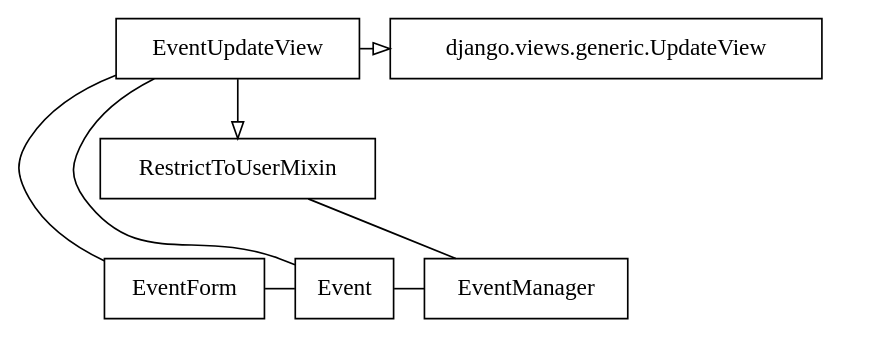
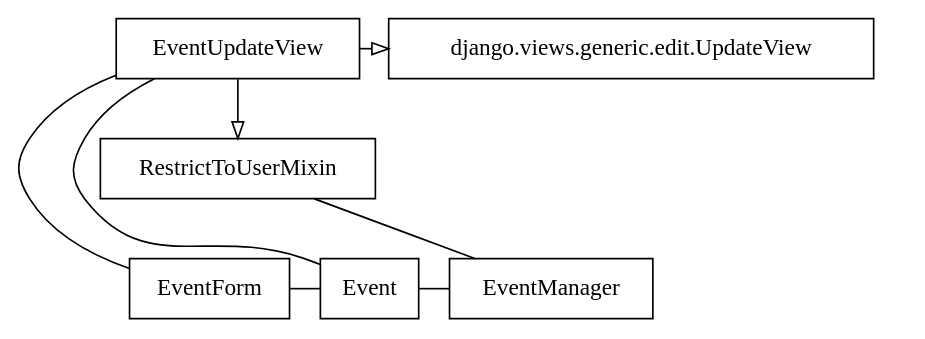
One commit to Mischback/django-calingen changed the diagram in docs/source/includes/event_crud.dot. Above: the diagram before and after it, drawn with Graphviz. The commit also changed 1 other file, not shown here.

Commit message:
Add reference to Django's doc

```diff
--- a/docs/source/includes/event_crud.dot
+++ b/docs/source/includes/event_crud.dot
@@ -1,62 +1,62 @@
   digraph event_crud {
     node [
       shape="rect",
     ]
 
     "calingen.models.event.Event" [
       label="Event",
     ];
     "calingen.models.event.EventForm" [
       label="EventForm",
     ];
     "calingen.models.event.EventManager" [
       label="EventManager",
     ]
 
     "calingen.views.event.EventUpdateView" [
       label="EventUpdateView",
     ];
 
     "calingen.views.mixins.RestrictToUserMixin" [
       label="RestrictToUserMixin",
     ];
 
-    "django.views.generic.UpdateView";
+    "django.views.generic.edit.UpdateView";
 
     node[shape=none, width=0, height=0, label=""];
     hierarchy_1 -> hierarchy_2 -> hierarchy_3 [style="invis"];
 
     {
       rank="same";
       hierarchy_1;
       "calingen.views.event.EventUpdateView";
-      "django.views.generic.UpdateView";
+      "django.views.generic.edit.UpdateView";
     }
     {
       rank="same";
       hierarchy_2;
 
     }
     {
       rank="same";
       hierarchy_3;
       "calingen.models.event.EventForm" -> "calingen.models.event.Event" -> "calingen.models.event.EventManager" [arrowhead="none"]
     }
 
     edge [
       arrowhead="none",
       weight=0,
     ]
     // "calingen.models.event.EventForm" -> "calingen.models.event.Event";
     "calingen.views.event.EventUpdateView" -> "calingen.models.event.Event";
     "calingen.views.event.EventUpdateView" -> "calingen.models.event.EventForm";
     "calingen.views.mixins.RestrictToUserMixin" -> "calingen.models.event.EventManager";
 
     edge [
       arrowhead="empty",
       weight=1,
     ]
     "calingen.views.event.EventUpdateView" -> "calingen.views.mixins.RestrictToUserMixin";
-    "calingen.views.event.EventUpdateView" -> "django.views.generic.UpdateView";
+    "calingen.views.event.EventUpdateView" -> "django.views.generic.edit.UpdateView";
 
   }
```
